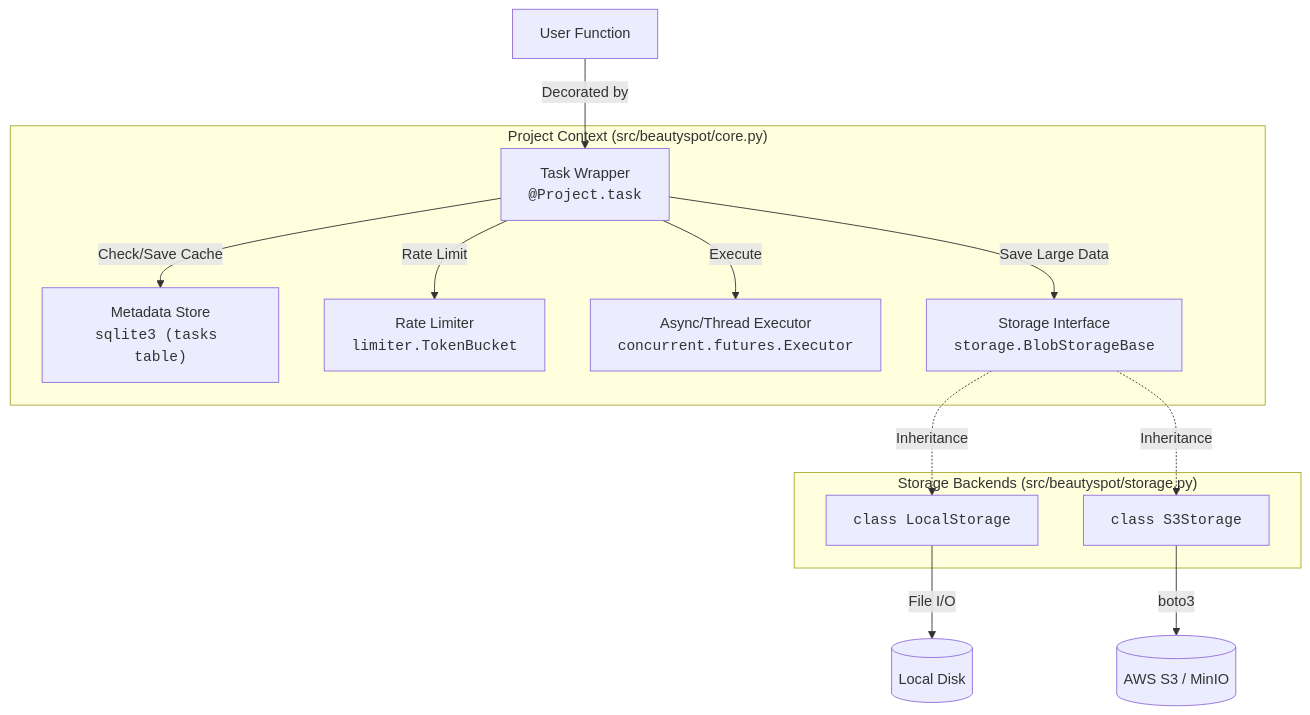
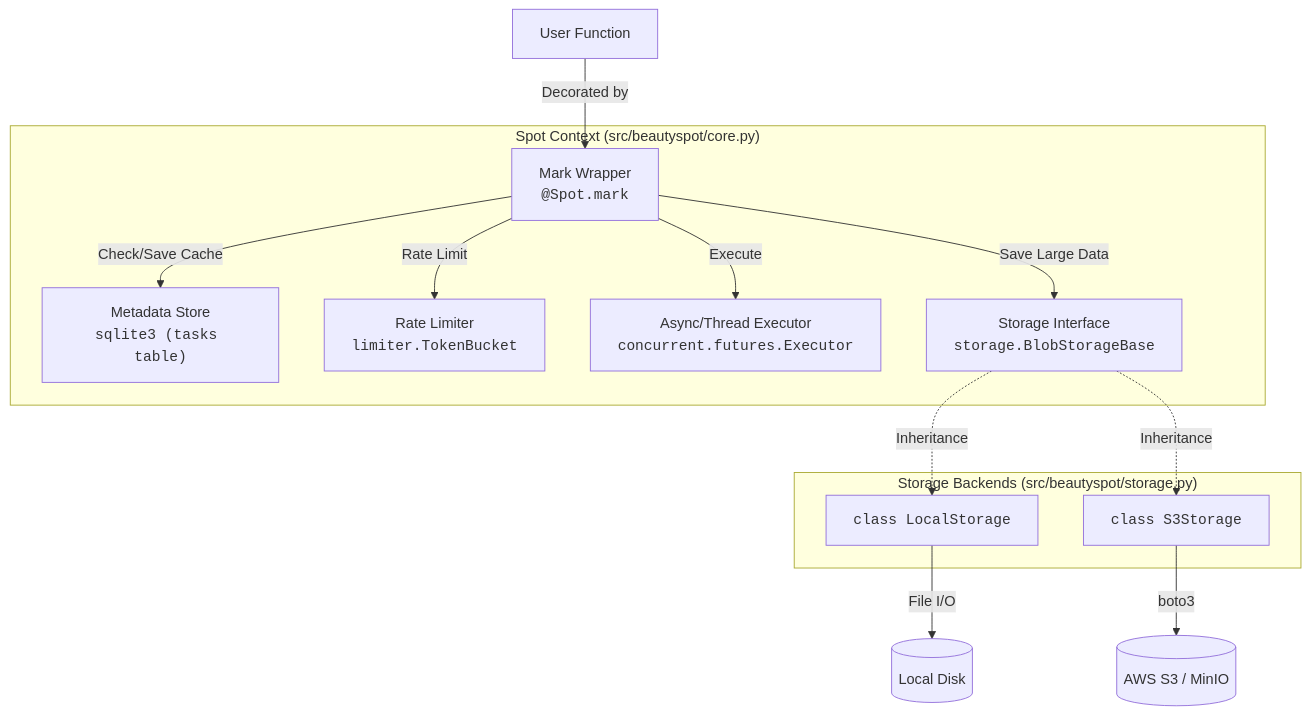
The first of 3 diagrams in docs/reference/architecture.md (neelbauman/beautyspot), drawn with Mermaid before and after one commit. The commit also changed other lines of this file and 2 other files, not shown here.

````diff
--- a/docs/reference/architecture.md
+++ b/docs/reference/architecture.md
@@ -23,22 +23,23 @@
 ```mermaid
 graph TD
-    UserFunc[User Function] -->|Decorated by| TaskWrapper
+    UserFunc[User Function] -->|Decorated by| MarkWrapper
     
-    subgraph "Project Context (src/beautyspot/core.py)"
-        TaskWrapper["Task Wrapper<br/><code>@Project.task</code>"]
+    subgraph "Spot Context (src/beautyspot/core.py)"
+        MarkWrapper["Mark Wrapper<br/><code>@Spot.mark</code>"]
         
-        TaskWrapper -->|Check/Save Cache| SQLite["Metadata Store<br/><code>sqlite3 (tasks table)</code>"]
-        TaskWrapper -->|Rate Limit| Limiter["Rate Limiter<br/><code>limiter.TokenBucket</code>"]
-        TaskWrapper -->|Execute| Executor["Async/Thread Executor<br/><code>concurrent.futures.Executor</code>"]
+        MarkWrapper -->|Check/Save Cache| SQLite["Metadata Store<br/><code>sqlite3 (tasks table)</code>"]
+        MarkWrapper -->|Rate Limit| Limiter["Rate Limiter<br/><code>limiter.TokenBucket</code>"]
+        MarkWrapper -->|Execute| Executor["Async/Thread Executor<br/><code>concurrent.futures.Executor</code>"]
         
-        TaskWrapper -->|Save Large Data| StorageInt["Storage Interface<br/><code>storage.BlobStorageBase</code>"]
+        MarkWrapper -->|Save Large Data| StorageInt["Storage Interface<br/><code>storage.BlobStorageBase</code>"]
     end
     
     subgraph "Storage Backends (src/beautyspot/storage.py)"
         StorageInt -.->|Inheritance| LocalStore["<code>class LocalStorage</code>"]
         StorageInt -.->|Inheritance| S3Store["<code>class S3Storage</code>"]
     end
 
     LocalStore -->|File I/O| LocalDisk[("Local Disk")]
     S3Store -->|boto3| S3Bucket[("AWS S3 / MinIO")]
+
 ```
````
